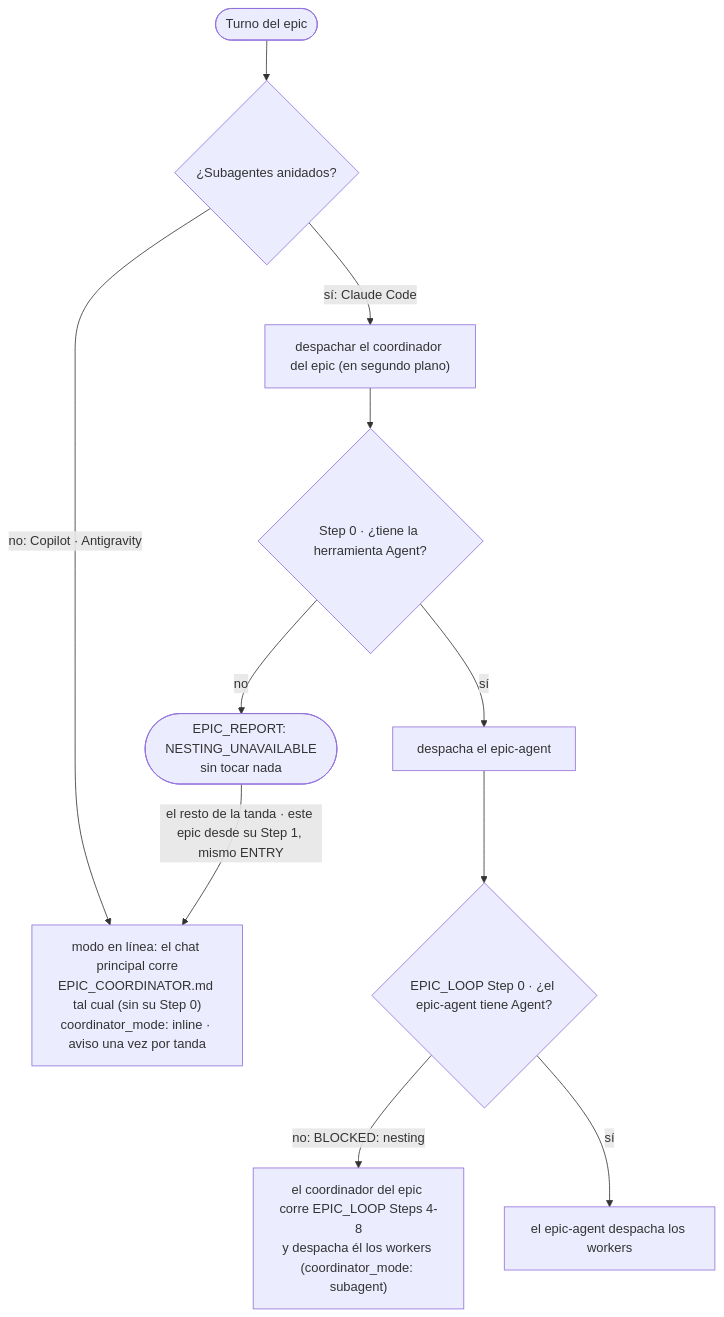
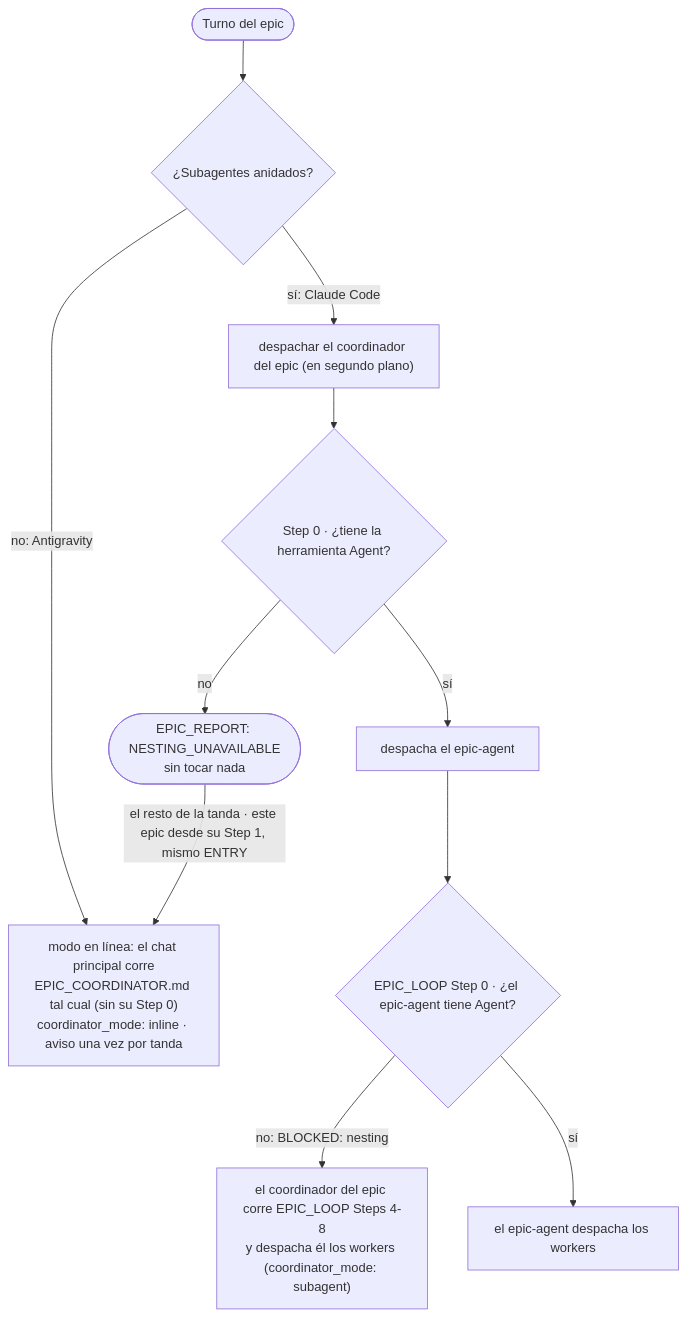
One commit to FerEscobarDev/Specture changed diagram 13 of 25 in docs/execution-flows.md. Above: the diagram before and after it, drawn with Mermaid. The commit also changed other lines of this file and 50 other files, not shown here.

````diff
--- a/docs/execution-flows.md
+++ b/docs/execution-flows.md
@@ -549,13 +549,13 @@
 ```mermaid
 flowchart TD
     T(["Turno del epic"]) --> PL{"¿Subagentes anidados?"}
-    PL -->|"no: Copilot · Antigravity"| IN["modo en línea: el chat principal corre<br/>EPIC_COORDINATOR.md tal cual (sin su Step 0)<br/>coordinator_mode: inline · aviso una vez por tanda"]
+    PL -->|"no: Antigravity"| IN["modo en línea: el chat principal corre<br/>EPIC_COORDINATOR.md tal cual (sin su Step 0)<br/>coordinator_mode: inline · aviso una vez por tanda"]
     PL -->|"sí: Claude Code"| D["despachar el coordinador del epic (en segundo plano)"]
     D --> S0{"Step 0 · ¿tiene la herramienta Agent?"}
     S0 -->|"no"| NU(["EPIC_REPORT: NESTING_UNAVAILABLE<br/>sin tocar nada"])
     NU -->|"el resto de la tanda · este epic desde su Step 1, mismo ENTRY"| IN
     S0 -->|"sí"| EA["despacha el epic-agent"]
     EA --> E0{"EPIC_LOOP Step 0 · ¿el epic-agent tiene Agent?"}
     E0 -->|"no: BLOCKED: nesting"| SELF["el coordinador del epic corre EPIC_LOOP Steps 4-8<br/>y despacha él los workers (coordinator_mode: subagent)"]
     E0 -->|"sí"| W["el epic-agent despacha los workers"]
 ```
````
